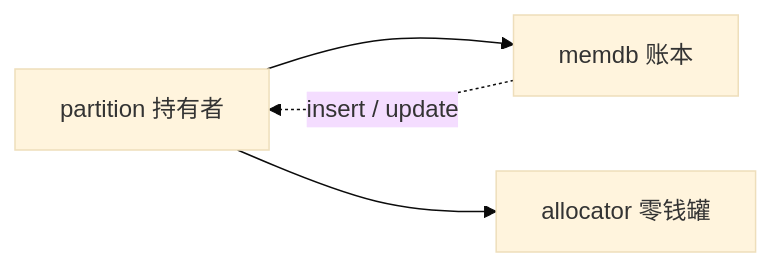
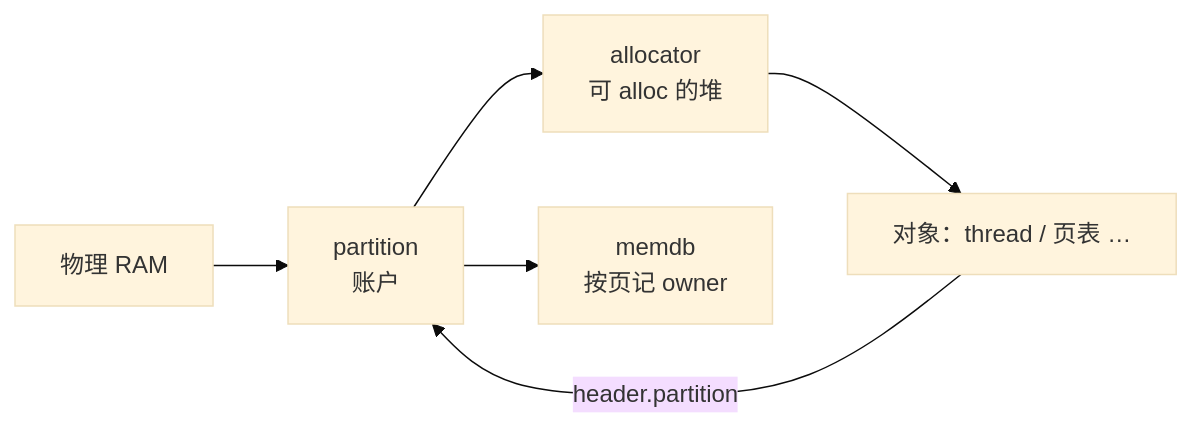
Before and after one commit to SangLiang/gunyah-hypervisor: the diagram in 课程/第9课.md, drawn with Mermaid (base theme). The commit also changed other lines of this file and 7 other files, not shown here.

````diff
--- a/课程/第9课.md
+++ b/课程/第9课.md
@@ -61,6 +23,8 @@
 ```mermaid
 flowchart LR
-  P[partition 持有者] --> M[memdb 账本]
-  P --> A[allocator 零钱罐]
-  M -.->|"insert / update"| P
+  RAM["物理 RAM"] --> P["partition<br/>账户"]
+  P --> A["allocator<br/>可 alloc 的堆"]
+  P --> M["memdb<br/>按页记 owner"]
+  A --> OBJ["对象：thread / 页表 …"]
+  OBJ -->|"header.partition"| P
 ```
````
